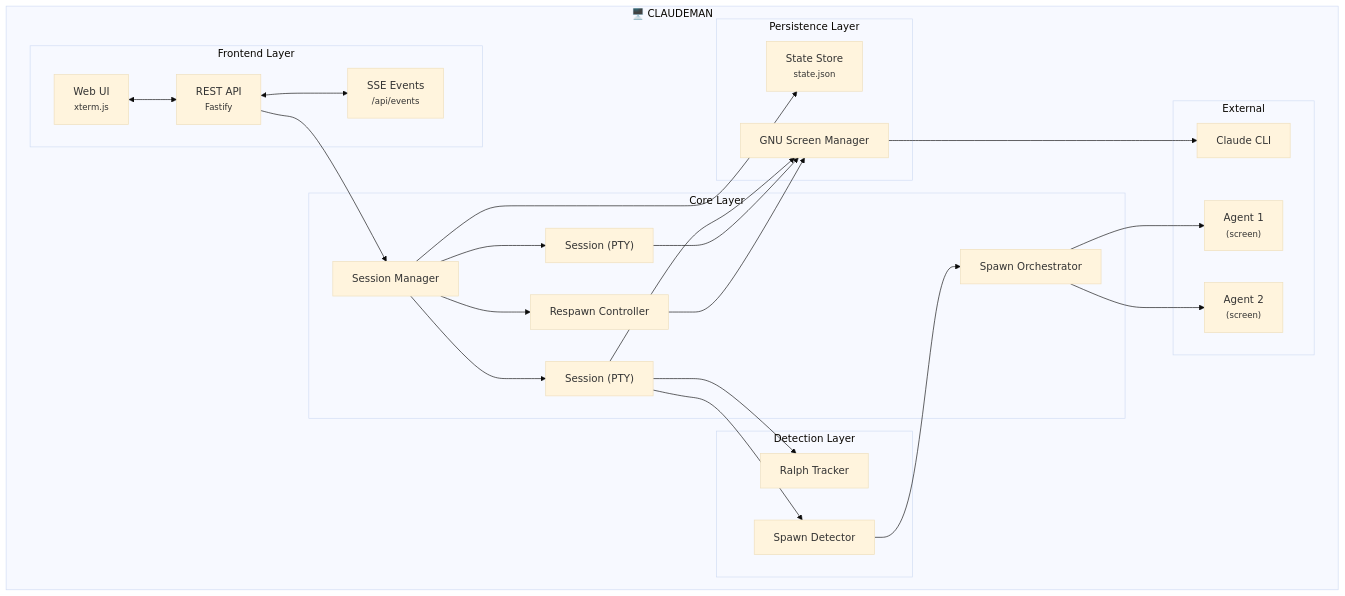
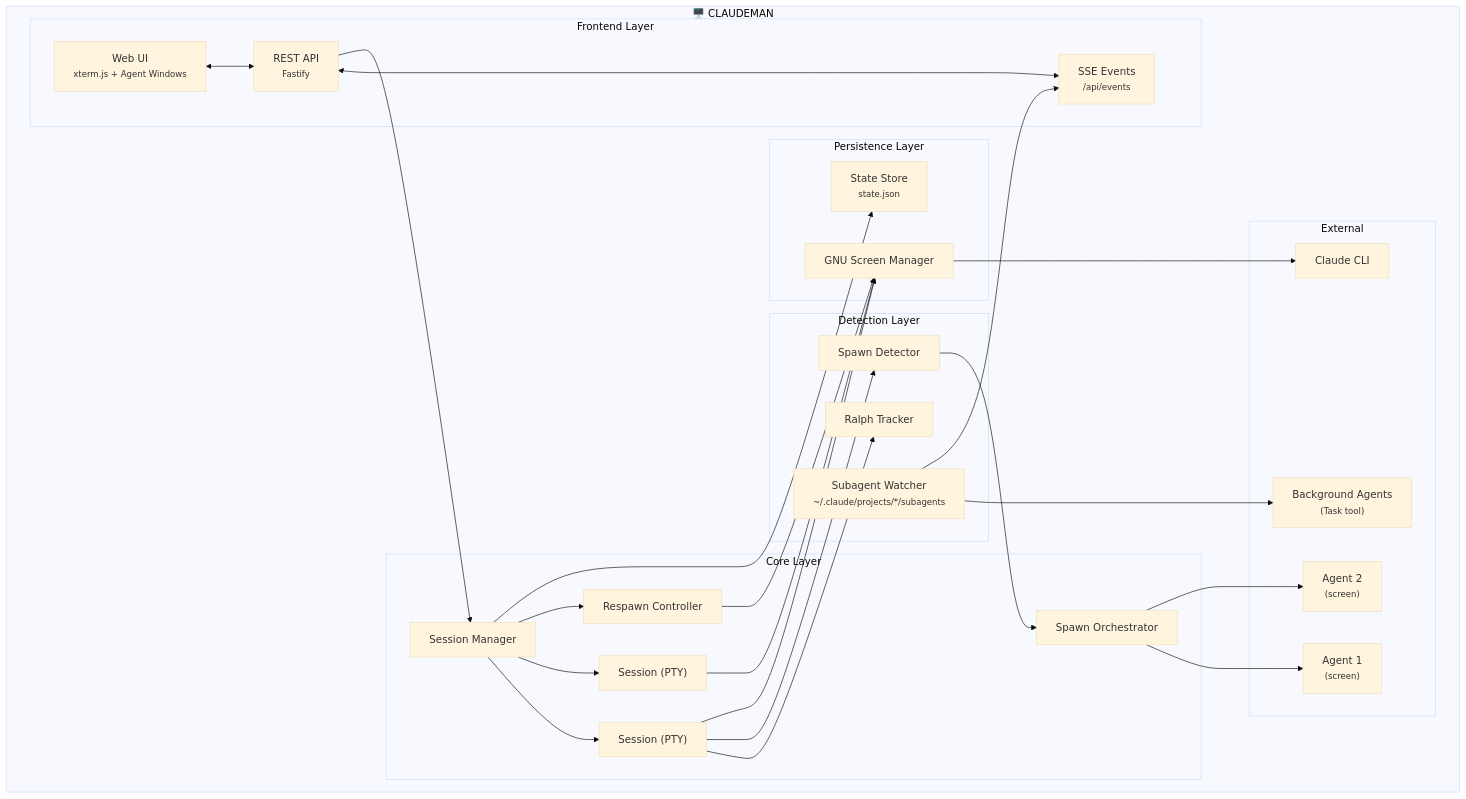
One commit to SGudbrandsson/Codeman changed the diagram in README.md. Above: the diagram before and after it, drawn with Mermaid (base theme). The commit also changed other lines of this file, not shown here.

First line of the commit message:
docs: add agent visualization, run summary, and subagent API to README

````diff
--- a/README.md
+++ b/README.md
@@ -294,51 +382,55 @@
 ```mermaid
 flowchart TB
     subgraph Claudeman["🖥️ CLAUDEMAN"]
         subgraph Frontend["Frontend Layer"]
-            UI["Web UI<br/><small>xterm.js</small>"]
+            UI["Web UI<br/><small>xterm.js + Agent Windows</small>"]
             API["REST API<br/><small>Fastify</small>"]
             SSE["SSE Events<br/><small>/api/events</small>"]
         end
 
         subgraph Core["Core Layer"]
             SM["Session Manager"]
             S1["Session (PTY)"]
             S2["Session (PTY)"]
             RC["Respawn Controller"]
             SO["Spawn Orchestrator"]
         end
 
         subgraph Detection["Detection Layer"]
             RT["Ralph Tracker"]
             SD["Spawn Detector"]
+            SW["Subagent Watcher<br/><small>~/.claude/projects/*/subagents</small>"]
         end
 
         subgraph Persistence["Persistence Layer"]
             SCR["GNU Screen Manager"]
             SS["State Store<br/><small>state.json</small>"]
         end
 
         subgraph External["External"]
             CLI["Claude CLI"]
             A1["Agent 1<br/><small>(screen)</small>"]
             A2["Agent 2<br/><small>(screen)</small>"]
+            BG["Background Agents<br/><small>(Task tool)</small>"]
         end
     end
 
     UI <--> API
     API <--> SSE
     API --> SM
     SM --> S1
     SM --> S2
     SM --> RC
     SM --> SS
     S1 --> RT
     S1 --> SD
     SD --> SO
     SO --> A1
     SO --> A2
     S1 --> SCR
     S2 --> SCR
     RC --> SCR
     SCR --> CLI
+    SW --> BG
+    SW --> SSE
 ```
````
